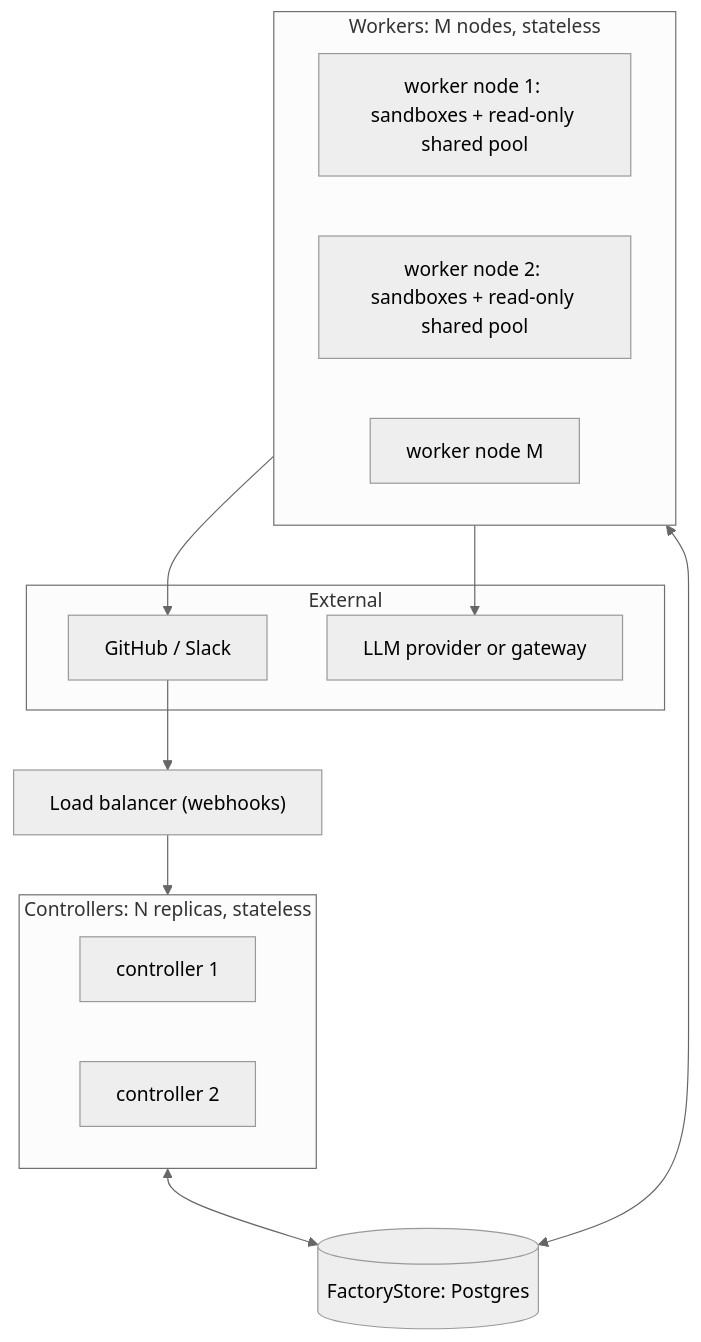
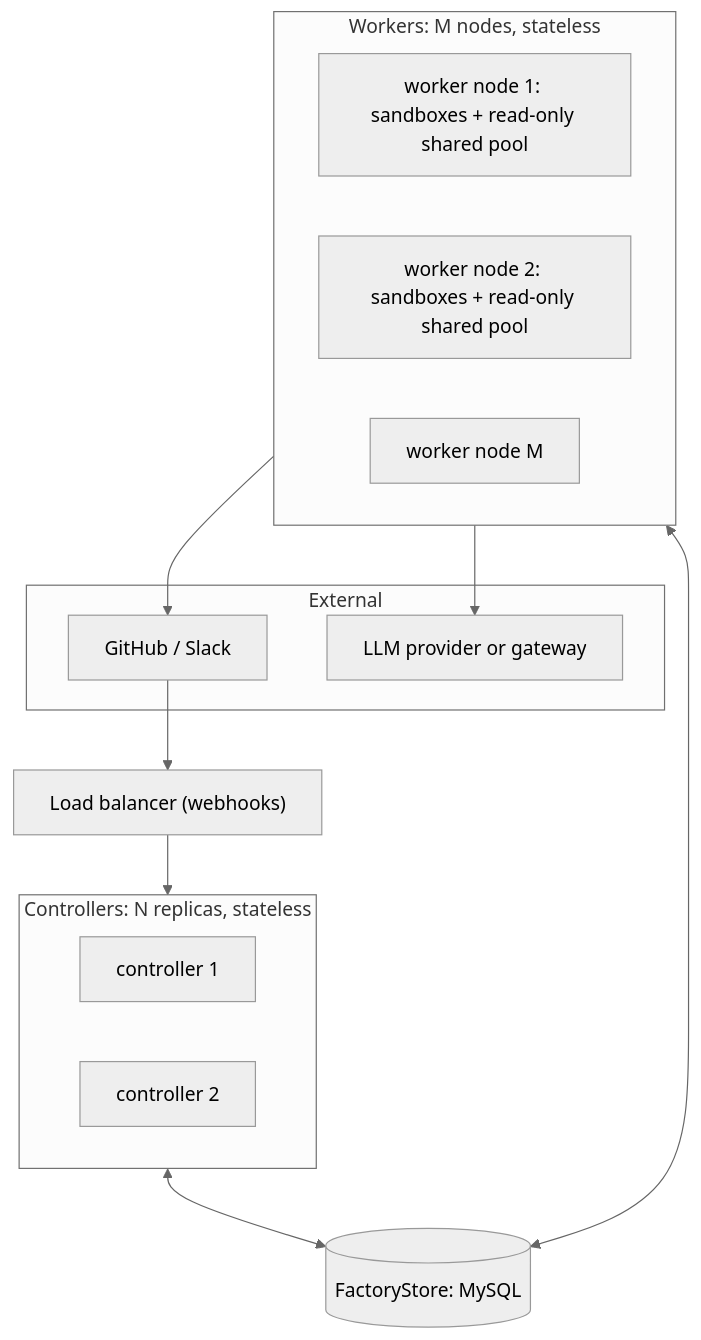
Before and after one commit to seonWKim/software-factory: the third of 4 diagrams in docs/architecture.md, drawn with Mermaid (neutral theme). The commit also changed other lines of this file and 5 other files, not shown here.

First line of the commit message:
config, docs: MySQL is the default store (D3 changed)

````diff
--- a/docs/architecture.md
+++ b/docs/architecture.md
@@ -156,28 +156,28 @@
 ```mermaid
 graph TB
   subgraph EXT["External"]
     GH["GitHub / Slack"]
     LLM["LLM provider or gateway"]
   end
 
   LB["Load balancer (webhooks)"]
 
   subgraph CTRL["Controllers: N replicas, stateless"]
     C1["controller 1"]
     C2["controller 2"]
   end
 
   subgraph WRK["Workers: M nodes, stateless"]
     W1["worker node 1: sandboxes + read-only shared pool"]
     W2["worker node 2: sandboxes + read-only shared pool"]
     W3["worker node M"]
   end
 
-  ST[("FactoryStore: Postgres")]
+  ST[("FactoryStore: MySQL")]
 
   GH --> LB --> CTRL
   CTRL <--> ST
   WRK <--> ST
   WRK --> GH
   WRK --> LLM
 ```
````
